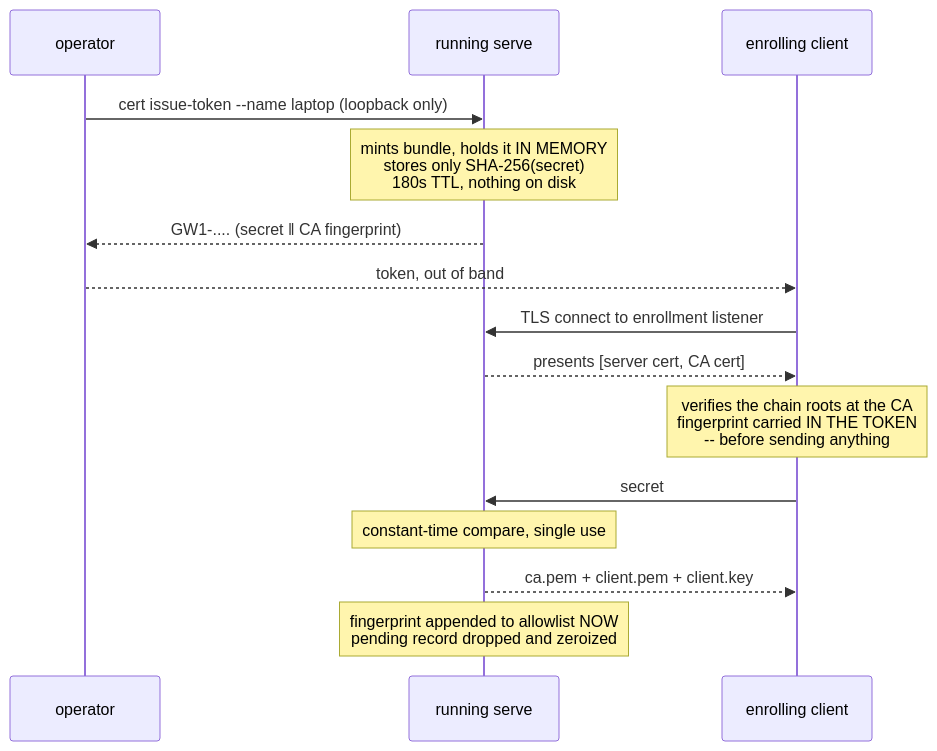
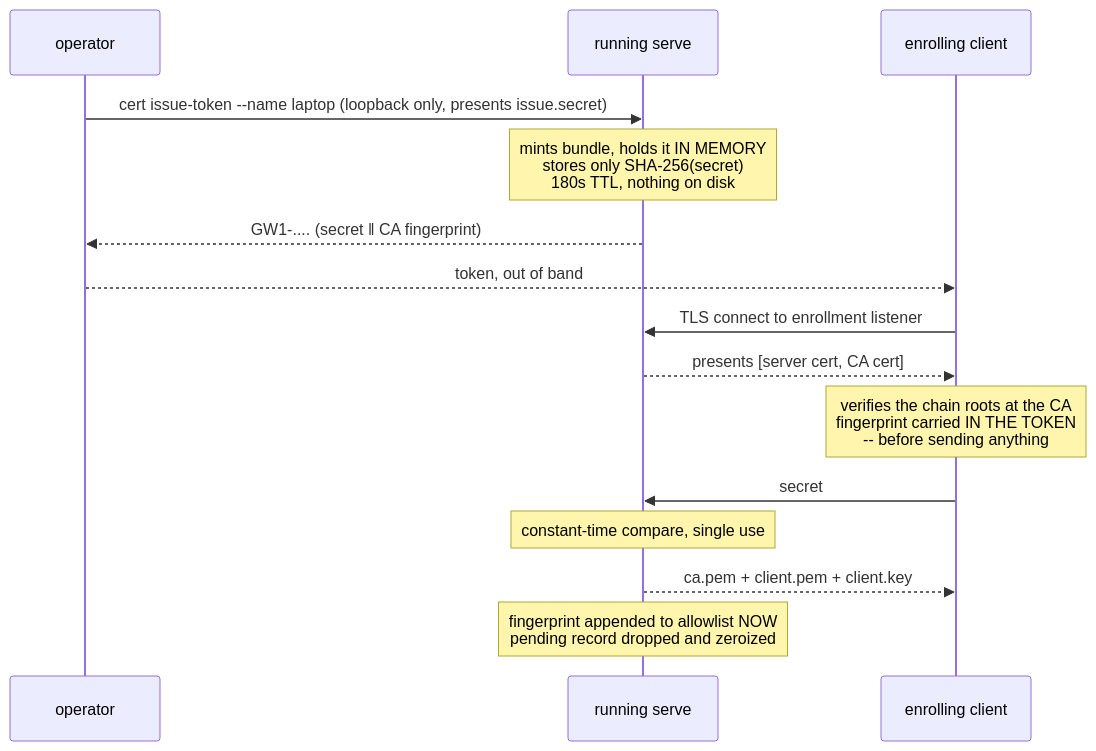
The second of 2 diagrams in apps/indicatrix-worker/docs/security.md (suitable-name/indicatrix), drawn with Mermaid before and after one commit. The commit also changed other lines of this file and 1344 other files, not shown here.

````diff
--- a/apps/indicatrix-worker/docs/security.md
+++ b/apps/indicatrix-worker/docs/security.md
@@ -93,17 +117,17 @@
 ```mermaid
 sequenceDiagram
     participant Op as operator
     participant S as running serve
     participant C as enrolling client
-    Op->>S: cert issue-token --name laptop (loopback only)
+    Op->>S: cert issue-token --name laptop (loopback only, presents issue.secret)
     Note over S: mints bundle, holds it IN MEMORY<br/>stores only SHA-256(secret)<br/>180s TTL, nothing on disk
     S-->>Op: GW1-.... (secret ‖ CA fingerprint)
     Op-->>C: token, out of band
     C->>S: TLS connect to enrollment listener
     S-->>C: presents [server cert, CA cert]
     Note over C: verifies the chain roots at the CA<br/>fingerprint carried IN THE TOKEN<br/>-- before sending anything
     C->>S: secret
     Note over S: constant-time compare, single use
     S-->>C: ca.pem + client.pem + client.key
     Note over S: fingerprint appended to allowlist NOW<br/>pending record dropped and zeroized
 ```
````
